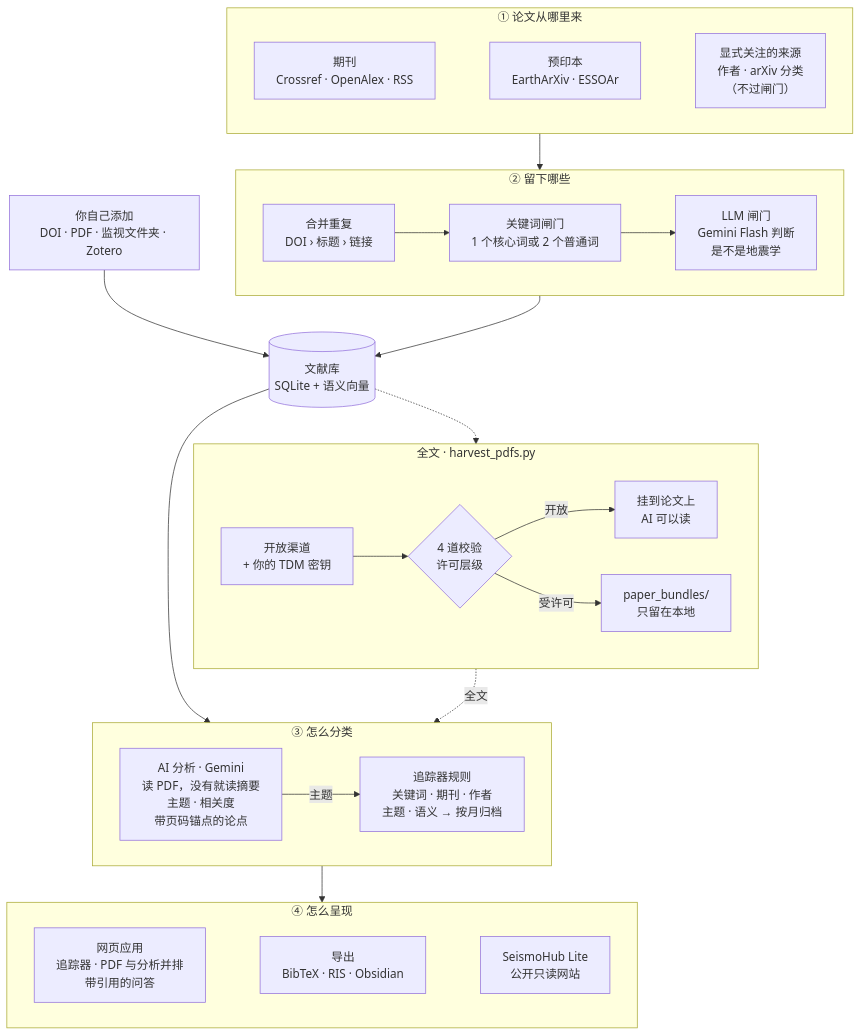
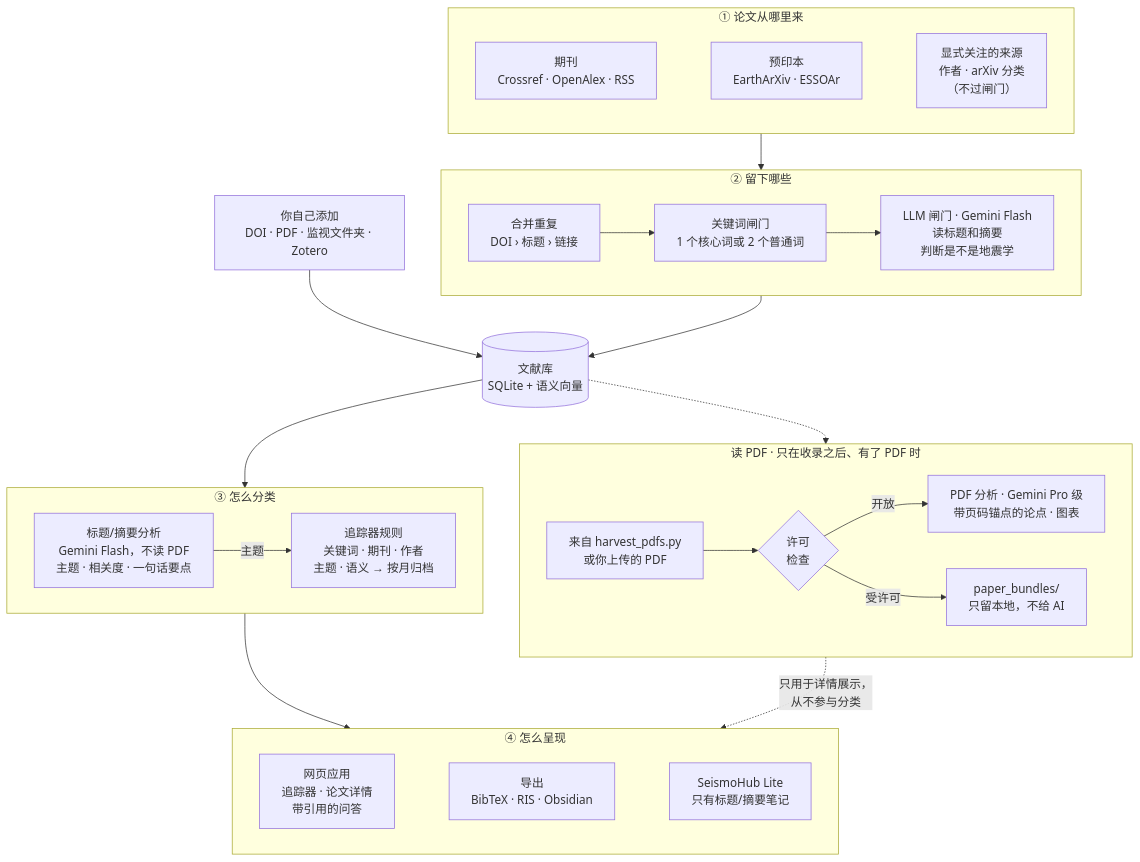
One commit to WANGYuhan2002/seismohub changed the first of 2 diagrams in README_zh.md. Above: the diagram before and after it, drawn with Mermaid. The commit also changed other lines of this file and 11 other files, not shown here.

````diff
--- a/README_zh.md
+++ b/README_zh.md
@@ -18,40 +19,40 @@
 ```mermaid
 flowchart TB
     subgraph SRC["① 论文从哪里来"]
         direction LR
         J["期刊<br/>Crossref · OpenAlex · RSS"]
         PP["预印本<br/>EarthArXiv · ESSOAr"]
         FO["显式关注的来源<br/>作者 · arXiv 分类<br/>（不过闸门）"]
         J ~~~ PP ~~~ FO
     end
     subgraph KEEP["② 留下哪些"]
         direction LR
-        DD["合并重复<br/>DOI › 标题 › 链接"] --> KG["关键词闸门<br/>1 个核心词或 2 个普通词"] --> LG["LLM 闸门<br/>Gemini Flash 判断<br/>是不是地震学"]
+        DD["合并重复<br/>DOI › 标题 › 链接"] --> KG["关键词闸门<br/>1 个核心词或 2 个普通词"] --> LG["LLM 闸门 · Gemini Flash<br/>读标题和摘要<br/>判断是不是地震学"]
     end
     ME["你自己添加<br/>DOI · PDF · 监视文件夹 · Zotero"]
     DB[("文献库<br/>SQLite + 语义向量")]
     subgraph CLS["③ 怎么分类"]
         direction LR
-        AI["AI 分析 · Gemini<br/>读 PDF，没有就读摘要<br/>主题 · 相关度<br/>带页码锚点的论点"]
+        AI["标题/摘要分析<br/>Gemini Flash，不读 PDF<br/>主题 · 相关度 · 一句话要点"]
         TR["追踪器规则<br/>关键词 · 期刊 · 作者<br/>主题 · 语义 → 按月归档"]
         AI -->|主题| TR
     end
+    subgraph DEEP["读 PDF · 只在收录之后、有了 PDF 时"]
+        direction LR
+        HV["来自 harvest_pdfs.py<br/>或你上传的 PDF"] --> CK{"许可<br/>检查"}
+        CK -->|开放| PA["PDF 分析 · Gemini Pro 级<br/>带页码锚点的论点 · 图表"]
+        CK -->|受许可| BND["paper_bundles/<br/>只留本地，不给 AI"]
+    end
     subgraph OUT["④ 怎么呈现"]
         direction LR
-        APP["网页应用<br/>追踪器 · PDF 与分析并排<br/>带引用的问答"]
+        APP["网页应用<br/>追踪器 · 论文详情<br/>带引用的问答"]
         EXP["导出<br/>BibTeX · RIS · Obsidian"]
-        LITE["SeismoHub Lite<br/>公开只读网站"]
+        LITE["SeismoHub Lite<br/>只有标题/摘要笔记"]
         APP ~~~ EXP ~~~ LITE
-    end
-    subgraph FT["全文 · harvest_pdfs.py"]
-        direction LR
-        HV["开放渠道<br/>+ 你的 TDM 密钥"] --> CK{"4 道校验<br/>许可层级"}
-        CK -->|开放| ATT["挂到论文上<br/>AI 可以读"]
-        CK -->|受许可| BND["paper_bundles/<br/>只留在本地"]
     end
     SRC --> KEEP --> DB
     ME --> DB
     DB --> CLS --> OUT
-    DB -.-> FT
-    FT -.->|全文| CLS
+    DB -.-> DEEP
+    DEEP -.->|"只用于详情展示，<br/>从不参与分类"| OUT
 ```
````
